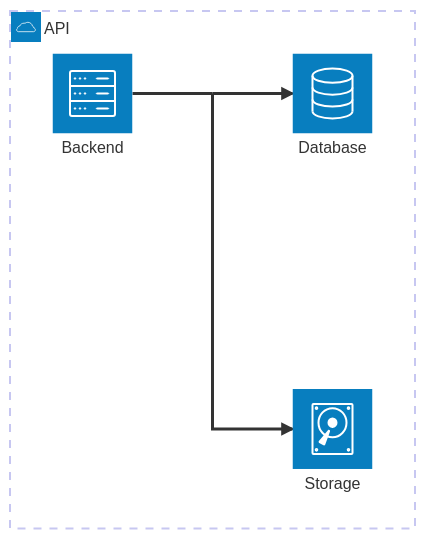
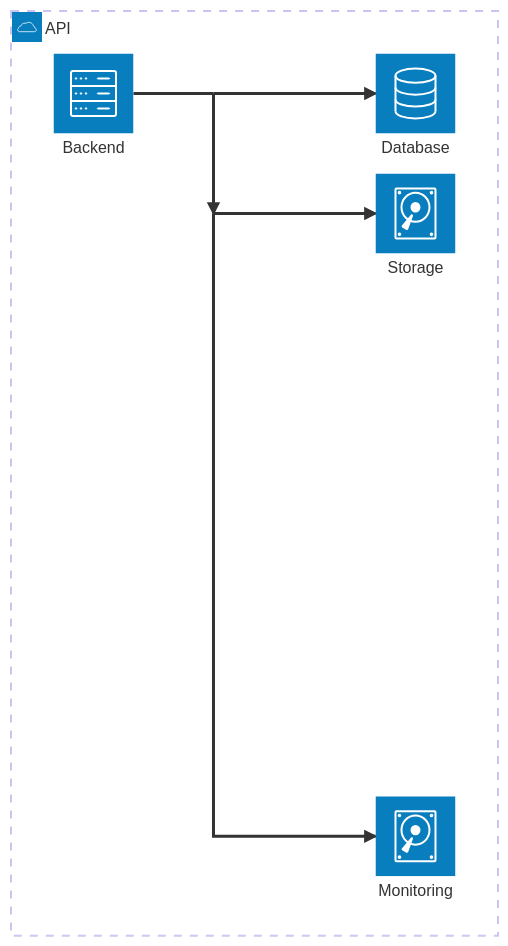
Before and after one commit to gtaiyou24/saas-dashboard-boilerplate: the diagram in doc/SYSTEM_ARCHITECTURE.md, drawn with Mermaid.

Commit message:
doc: doc/SYSTEM_ARCHITECTURE.md

````diff
--- a/doc/SYSTEM_ARCHITECTURE.md
+++ b/doc/SYSTEM_ARCHITECTURE.md
@@ -4,14 +4,18 @@
 ```mermaid
 architecture-beta
     group api(cloud)[API]
 
+    service backend(server)[Backend] in api
     service db(database)[Database] in api
     service storage(disk)[Storage] in api
-    service backend(server)[Backend] in api
+    service monitoring(disk)[Monitoring] in api
     
-    junction jct
+    junction jct1
+    junction jct2
 
-    backend:R -- L:jct
-    jct:R --> L:db
-    jct:B --> L:storage
+    backend:R -- L:jct1
+    jct1:R --> L:db
+    jct1:B --> T:jct2
+    jct2:R --> L:storage
+    jct2:B --> L:monitoring
 ```
````
